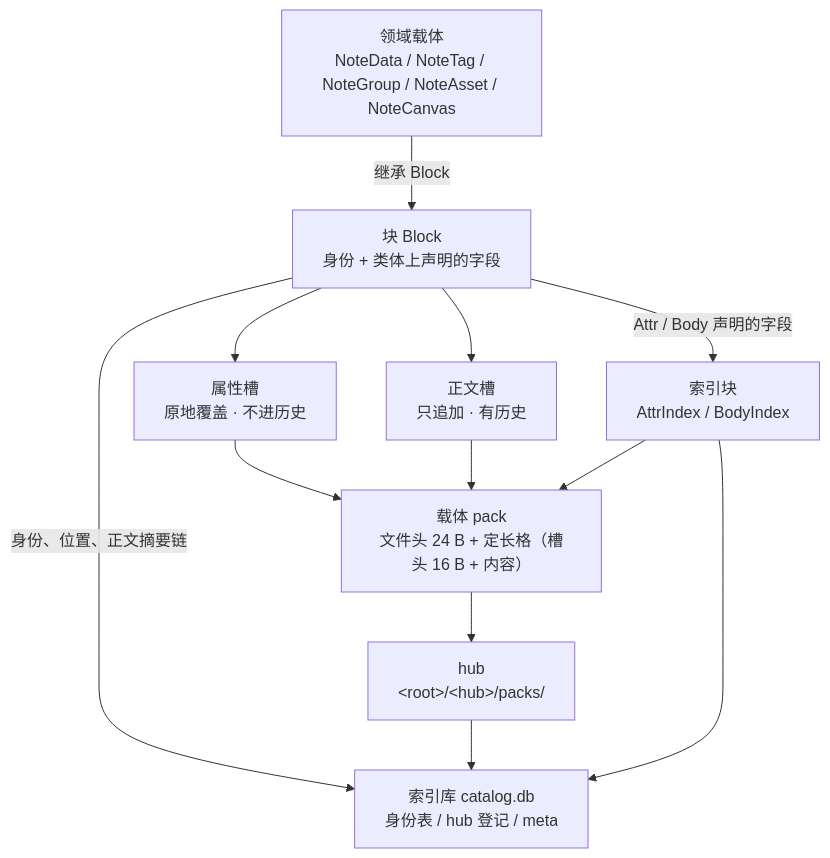
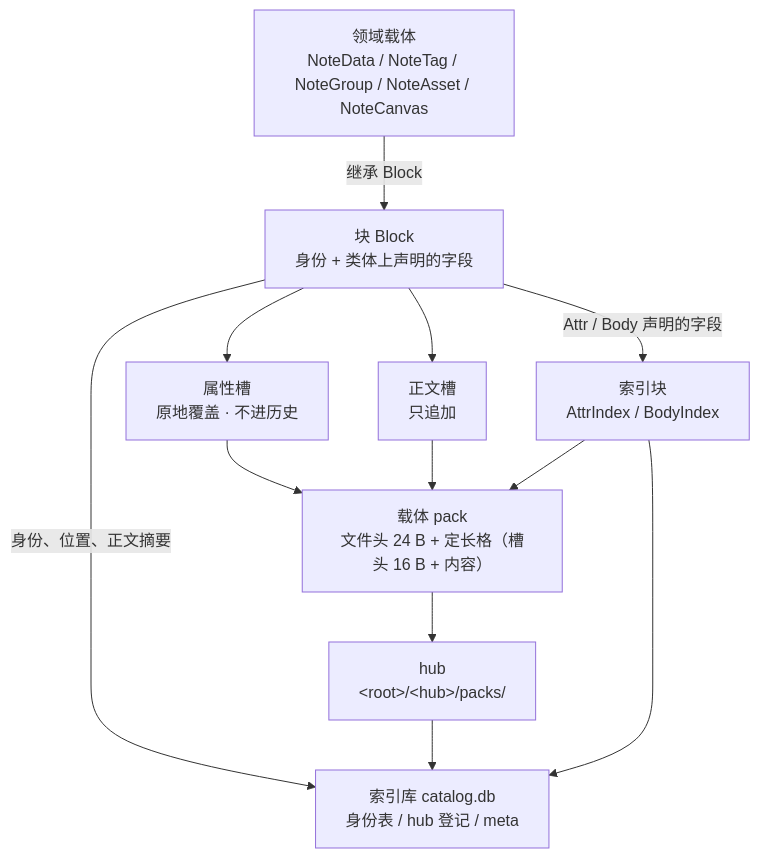
Before and after one commit to HanYang06/Cairn: the first of 2 diagrams in docs/architecture/storage-design.md, drawn with Mermaid. The commit also changed other lines of this file and 34 other files, not shown here.

````diff
--- a/docs/architecture/storage-design.md
+++ b/docs/architecture/storage-design.md
@@ -90,15 +90,15 @@
 ```mermaid
 graph TD
     T["领域载体<br/>NoteData / NoteTag / NoteGroup / NoteAsset / NoteCanvas"]
     T -->|"继承 Block"| B["块 Block<br/>身份 + 类体上声明的字段"]
     B --> A["属性槽<br/>原地覆盖 · 不进历史"]
-    B --> D["正文槽<br/>只追加 · 有历史"]
-    B -->|"身份、位置、正文摘要链"| I["索引库 catalog.db<br/>身份表 / hub 登记 / meta"]
+    B --> D["正文槽<br/>只追加"]
+    B -->|"身份、位置、正文摘要"| I["索引库 catalog.db<br/>身份表 / hub 登记 / meta"]
     A --> P["载体 pack<br/>文件头 24 B + 定长格（槽头 16 B + 内容）"]
     D --> P
     P --> H["hub<br/>&lt;root&gt;/&lt;hub&gt;/packs/"]
     H --> I
     B -->|"Attr / Body 声明的字段"| X["索引块<br/>AttrIndex / BodyIndex"]
     X --> P
     X --> I
 ```
````
